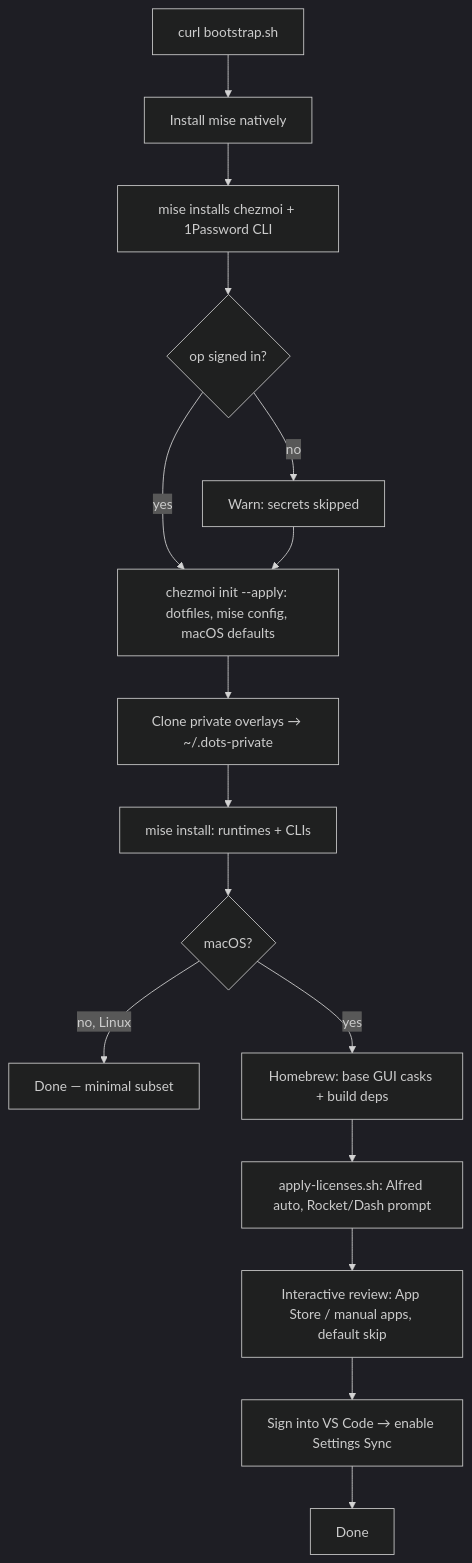
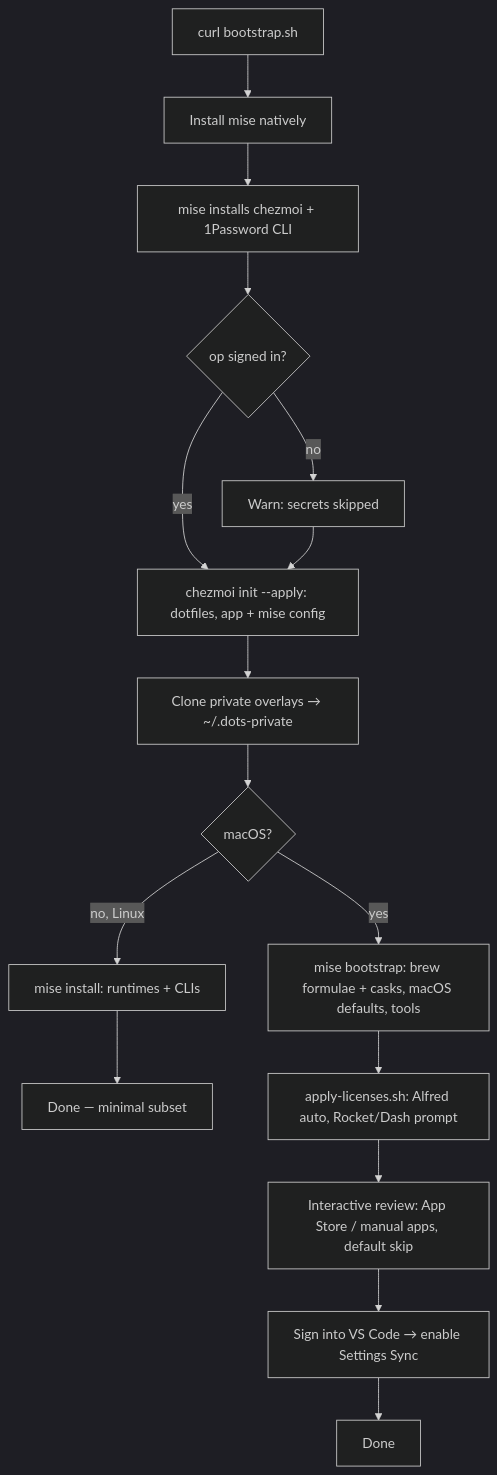
Before and after one commit to jjcarstens/dots: the diagram in README.md, drawn with Mermaid (dark theme). The commit also changed other lines of this file and 6 other files, not shown here.

First line of the commit message:
Move packages + macOS defaults to mise bootstrap

````diff
--- a/README.md
+++ b/README.md
@@ -97,18 +100,17 @@
 ```mermaid
 flowchart TD
     A[curl bootstrap.sh] --> B[Install mise natively]
     B --> C[mise installs chezmoi + 1Password CLI]
     C --> D{op signed in?}
     D -- no --> D1[Warn: secrets skipped]
     D -- yes --> E
-    D1 --> E[chezmoi init --apply: dotfiles, mise config, macOS defaults]
+    D1 --> E[chezmoi init --apply: dotfiles, app + mise config]
     E --> F[Clone private overlays → ~/.dots-private]
-    F --> G[mise install: runtimes + CLIs]
-    G --> H{macOS?}
-    H -- no, Linux --> Z[Done — minimal subset]
-    H -- yes --> I[Homebrew: base GUI casks + build deps]
+    F --> G{macOS?}
+    G -- no, Linux --> Y[mise install: runtimes + CLIs] --> Z[Done — minimal subset]
+    G -- yes --> I[mise bootstrap: brew formulae + casks, macOS defaults, tools]
     I --> J[apply-licenses.sh: Alfred auto, Rocket/Dash prompt]
     J --> K[Interactive review: App Store / manual apps, default skip]
     K --> L[Sign into VS Code → enable Settings Sync]
     L --> Z2[Done]
 ```
````
